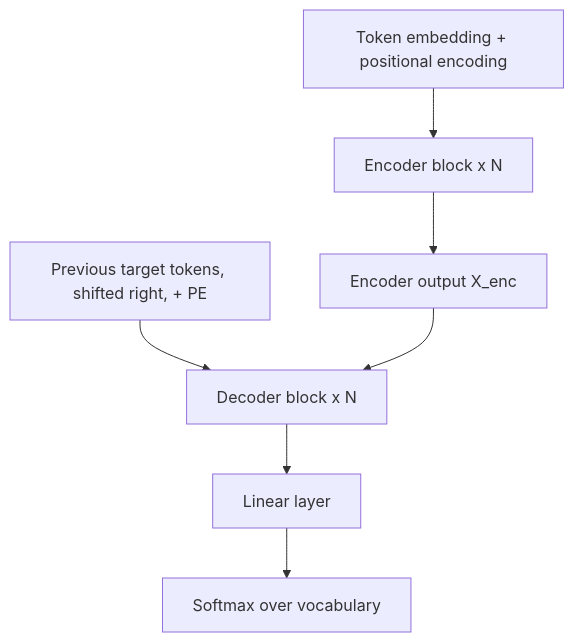
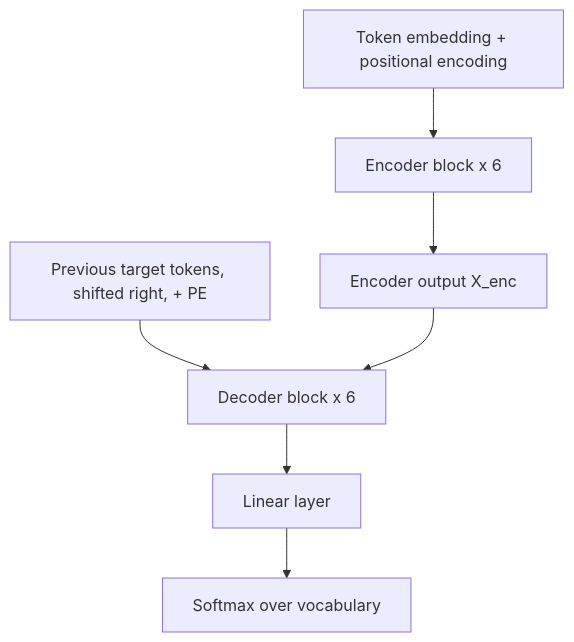
The diagram in src/content/post/cse425-final-transformer-architecture/index.md (lubdhak7414/lubdhak7414.github.io), drawn with Mermaid before and after one commit. The commit also changed other lines of this file and 27 other files, not shown here.

````diff
--- a/src/content/post/cse425-final-transformer-architecture/index.md
+++ b/src/content/post/cse425-final-transformer-architecture/index.md
@@ -28,9 +28,9 @@
 ```mermaid
 flowchart TD
-    A["Token embedding + positional encoding"] --> B["Encoder block x N"]
+    A["Token embedding + positional encoding"] --> B["Encoder block x 6"]
     B --> C["Encoder output X_enc"]
-    D["Previous target tokens, shifted right, + PE"] --> E["Decoder block x N"]
+    D["Previous target tokens, shifted right, + PE"] --> E["Decoder block x 6"]
     C --> E
     E --> F["Linear layer"]
     F --> G["Softmax over vocabulary"]
 ```
````
